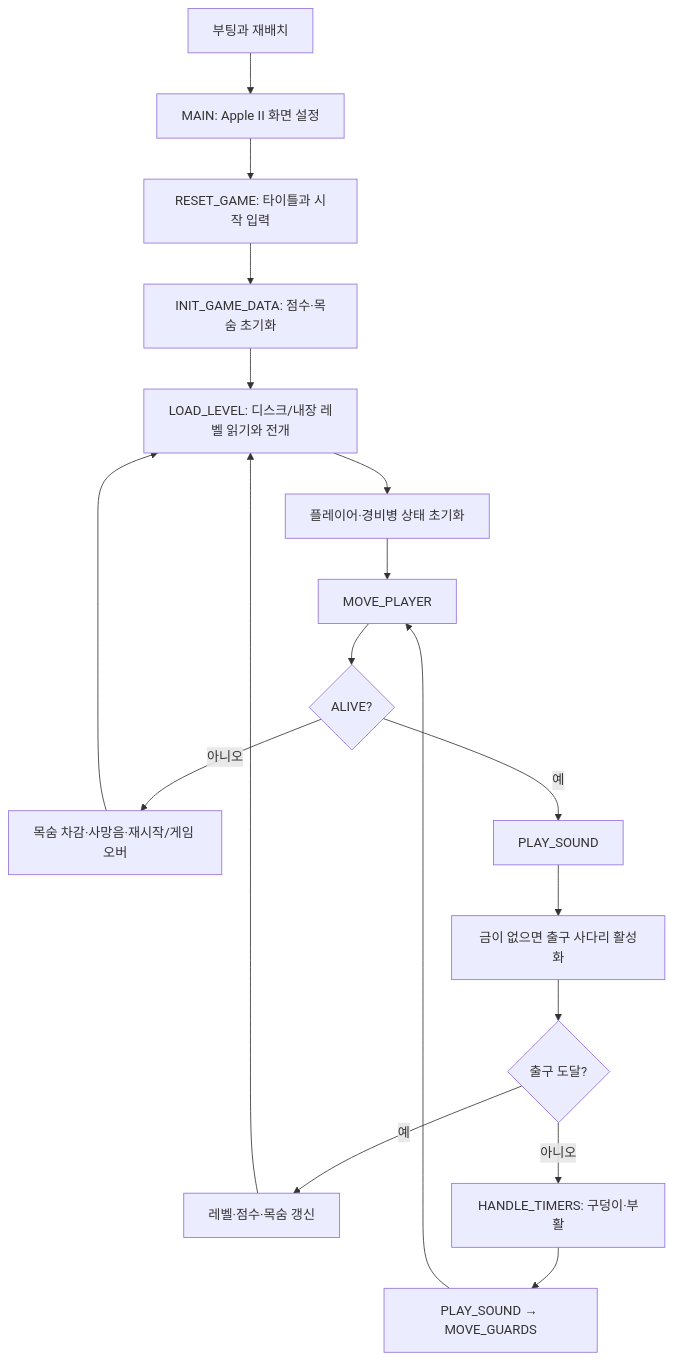
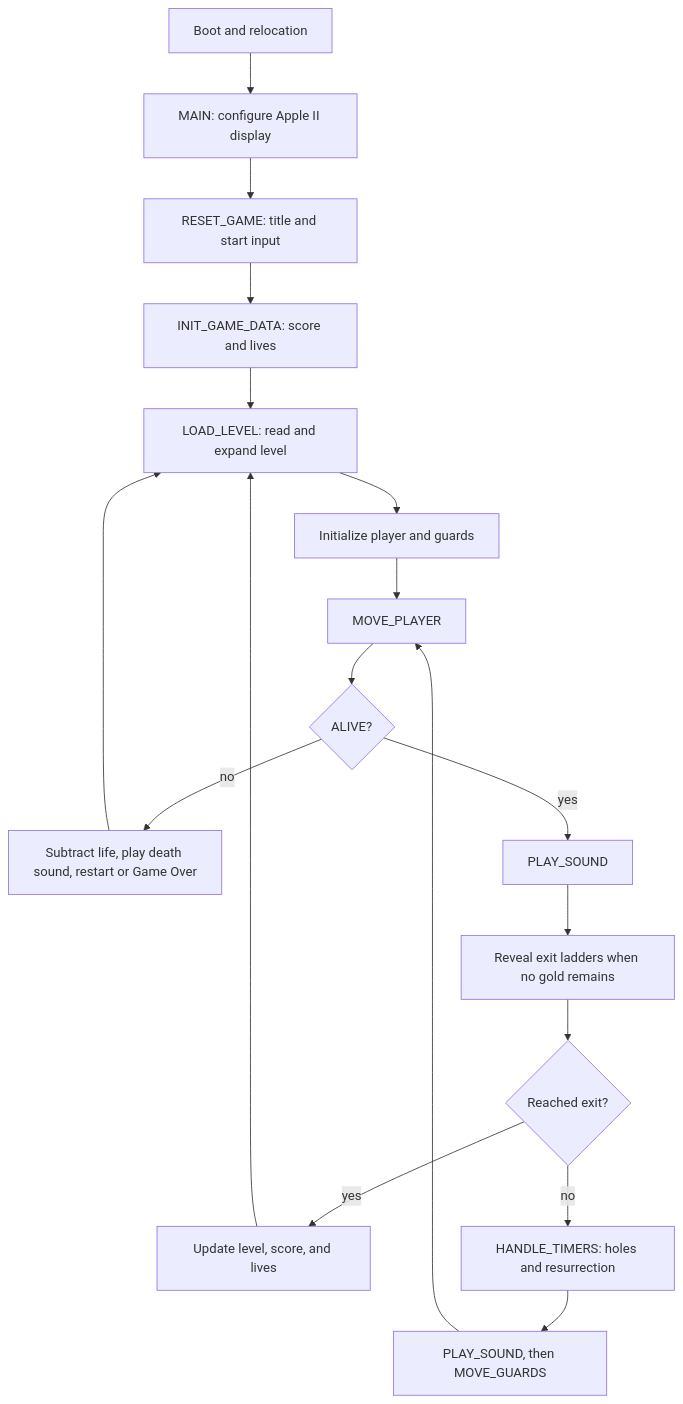
The diagram in docs/main_logic_io_map.md (hongjuny/lode_runner), drawn with Mermaid before and after one commit. The commit also changed other lines of this file and 3 other files, not shown here.

````diff
--- a/docs/main_logic_io_map.md
+++ b/docs/main_logic_io_map.md
@@ -7,19 +7,19 @@
 ```mermaid
 flowchart TD
-    A[부팅과 재배치] --> B[MAIN: Apple II 화면 설정]
-    B --> C[RESET_GAME: 타이틀과 시작 입력]
-    C --> D[INIT_GAME_DATA: 점수·목숨 초기화]
-    D --> E[LOAD_LEVEL: 디스크/내장 레벨 읽기와 전개]
-    E --> F[플레이어·경비병 상태 초기화]
+    A[Boot and relocation] --> B[MAIN: configure Apple II display]
+    B --> C[RESET_GAME: title and start input]
+    C --> D[INIT_GAME_DATA: score and lives]
+    D --> E[LOAD_LEVEL: read and expand level]
+    E --> F[Initialize player and guards]
     F --> G[MOVE_PLAYER]
     G --> H{ALIVE?}
-    H -- 아니오 --> N[목숨 차감·사망음·재시작/게임 오버]
-    H -- 예 --> I[PLAY_SOUND]
-    I --> J[금이 없으면 출구 사다리 활성화]
-    J --> K{출구 도달?}
-    K -- 예 --> O[레벨·점수·목숨 갱신] --> E
-    K -- 아니오 --> L[HANDLE_TIMERS: 구덩이·부활]
-    L --> M[PLAY_SOUND → MOVE_GUARDS]
+    H -- no --> N[Subtract life, play death sound, restart or Game Over]
+    H -- yes --> I[PLAY_SOUND]
+    I --> J[Reveal exit ladders when no gold remains]
+    J --> K{Reached exit?}
+    K -- yes --> O[Update level, score, and lives] --> E
+    K -- no --> L[HANDLE_TIMERS: holes and resurrection]
+    L --> M[PLAY_SOUND, then MOVE_GUARDS]
     M --> G
     N --> E
 ```
````
